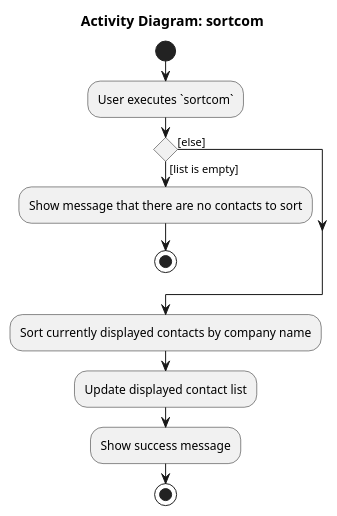
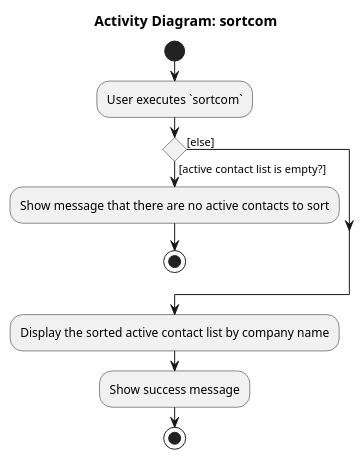
Before and after one commit to AY2526S2-CS2103-T11-1/tp: the diagram in diagrams/company/SortComActivityDiagram.puml, drawn with PlantUML. The commit also changed other lines of this file and 35 other files, not shown here.

```diff
--- a/diagrams/company/SortComActivityDiagram.puml
+++ b/diagrams/company/SortComActivityDiagram.puml
@@ -1,19 +1,18 @@
 @startuml
 title Activity Diagram: sortcom
 
 start
 
 :User executes `sortcom`;
 
-if () then ([list is empty])
-    :Show message that there are no contacts to sort;
+if () then ([active contact list is empty?])
+    :Show message that there are no active contacts to sort;
     stop
 else ([else])
 endif
 
-:Sort currently displayed contacts by company name;
-:Update displayed contact list;
+:Display the sorted active contact list by company name;
 :Show success message;
 
 stop
 @enduml
```
